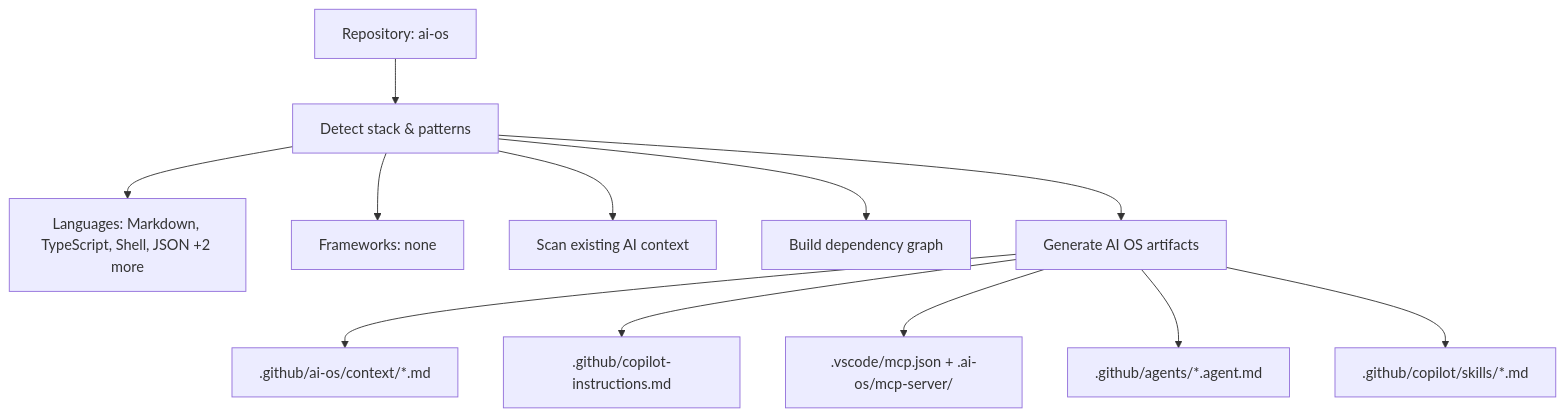
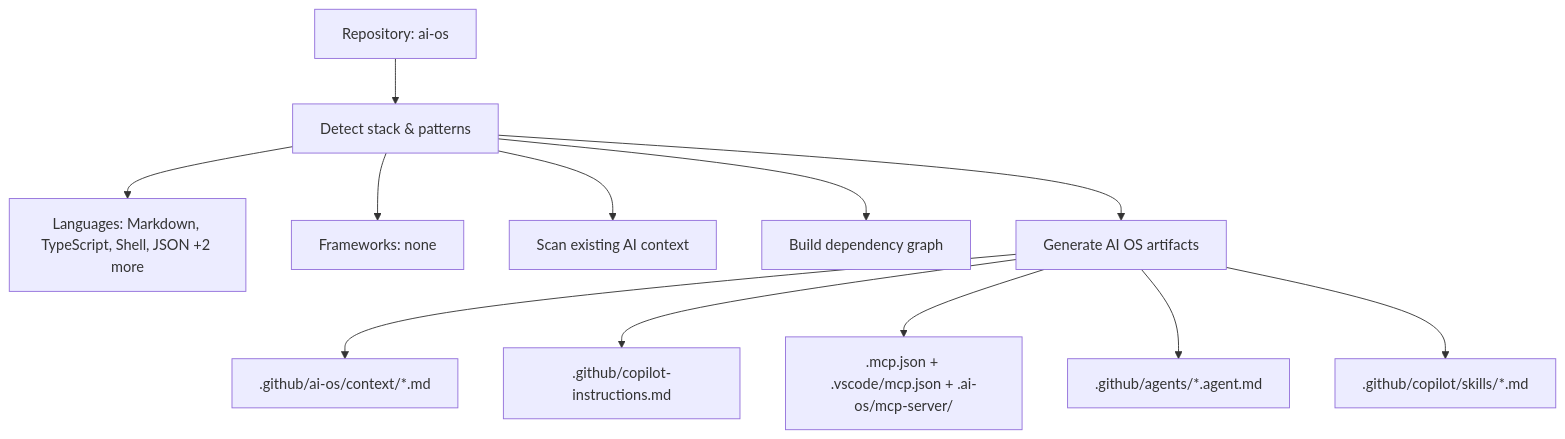
The diagram in .github/ai-os/context/architecture.md (marinvch/Cortex), drawn with Mermaid before and after one commit. The commit also changed 16 other files, not shown here.

````diff
--- a/.github/ai-os/context/architecture.md
+++ b/.github/ai-os/context/architecture.md
@@ -38,14 +38,14 @@
 ```mermaid
 flowchart TD
   Repo["Repository: ai-os"] --> Detect["Detect stack & patterns"]
   Detect --> Lang["Languages: Markdown, TypeScript, Shell, JSON +2 more"]
   Detect --> Fw["Frameworks: none"]
   Detect --> Ctx["Scan existing AI context"]
   Detect --> Graph["Build dependency graph"]
   Detect --> Generate["Generate AI OS artifacts"]
   Generate --> Docs[".github/ai-os/context/*.md"]
   Generate --> Instr[".github/copilot-instructions.md"]
-  Generate --> MCP[".vscode/mcp.json + .ai-os/mcp-server/"]
+  Generate --> MCP[".mcp.json + .vscode/mcp.json + .ai-os/mcp-server/"]
   Generate --> Agents[".github/agents/*.agent.md"]
   Generate --> Skills[".github/copilot/skills/*.md"]
 ```
````
